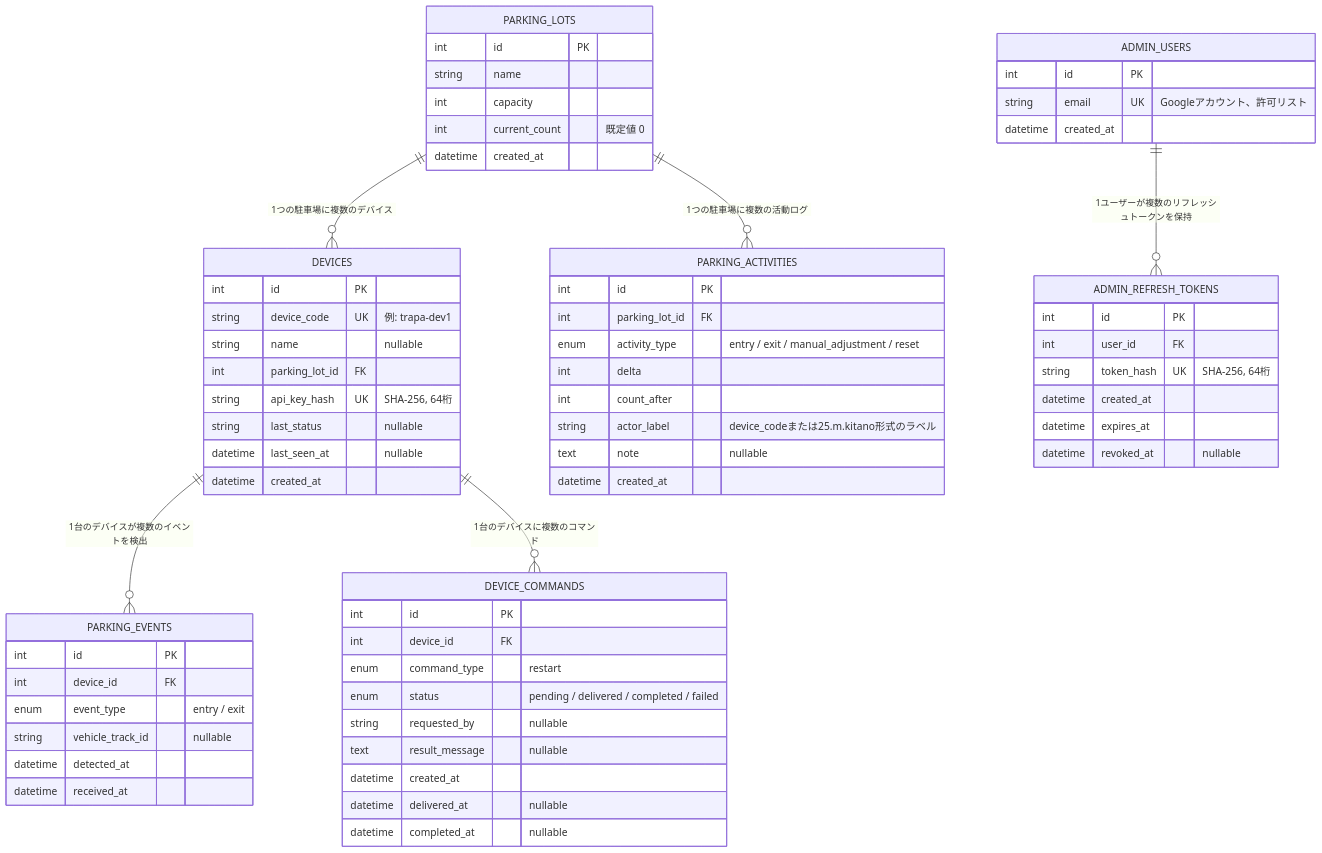
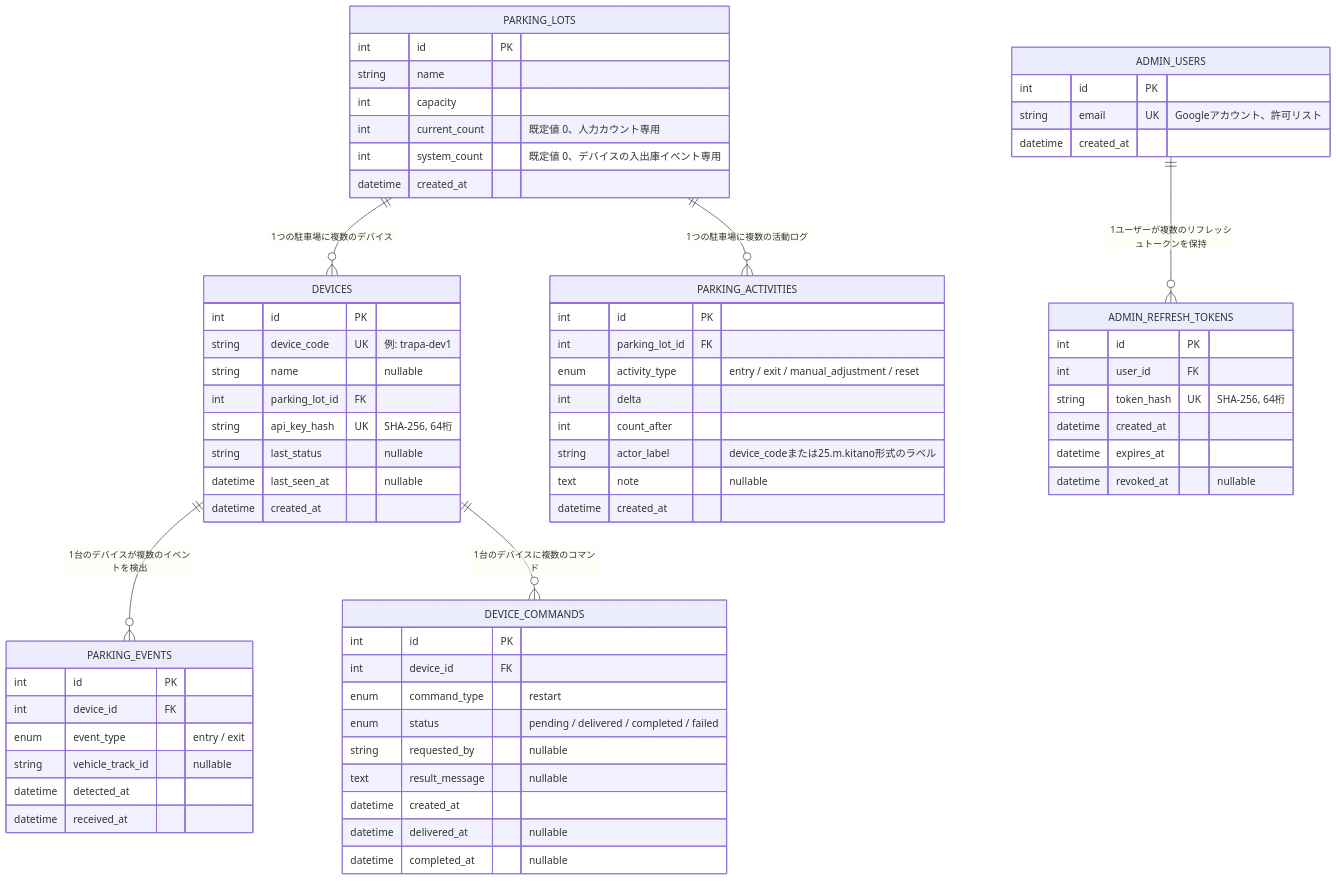
The diagram in docs/db-schema.md (NUTFes/tracking-parking-api), drawn with Mermaid before and after one commit. The commit also changed other lines of this file and 8 other files, not shown here.

First line of the commit message:
Split parking_lots.current_count into manual vs device counts

````diff
--- a/docs/db-schema.md
+++ b/docs/db-schema.md
@@ -9,68 +9,69 @@
 ```mermaid
 erDiagram
     PARKING_LOTS ||--o{ DEVICES : "1つの駐車場に複数のデバイス"
     PARKING_LOTS ||--o{ PARKING_ACTIVITIES : "1つの駐車場に複数の活動ログ"
     DEVICES ||--o{ PARKING_EVENTS : "1台のデバイスが複数のイベントを検出"
     DEVICES ||--o{ DEVICE_COMMANDS : "1台のデバイスに複数のコマンド"
     ADMIN_USERS ||--o{ ADMIN_REFRESH_TOKENS : "1ユーザーが複数のリフレッシュトークンを保持"
 
     PARKING_LOTS {
         int id PK
         string name
         int capacity
-        int current_count "既定値 0"
+        int current_count "既定値 0、人力カウント専用"
+        int system_count "既定値 0、デバイスの入出庫イベント専用"
         datetime created_at
     }
     DEVICES {
         int id PK
         string device_code UK "例: trapa-dev1"
         string name "nullable"
         int parking_lot_id FK
         string api_key_hash UK "SHA-256, 64桁"
         string last_status "nullable"
         datetime last_seen_at "nullable"
         datetime created_at
     }
     PARKING_EVENTS {
         int id PK
         int device_id FK
         enum event_type "entry / exit"
         string vehicle_track_id "nullable"
         datetime detected_at
         datetime received_at
     }
     DEVICE_COMMANDS {
         int id PK
         int device_id FK
         enum command_type "restart"
         enum status "pending / delivered / completed / failed"
         string requested_by "nullable"
         text result_message "nullable"
         datetime created_at
         datetime delivered_at "nullable"
         datetime completed_at "nullable"
     }
     PARKING_ACTIVITIES {
         int id PK
         int parking_lot_id FK
         enum activity_type "entry / exit / manual_adjustment / reset"
         int delta
         int count_after
         string actor_label "device_codeまたは25.m.kitano形式のラベル"
         text note "nullable"
         datetime created_at
     }
     ADMIN_USERS {
         int id PK
         string email UK "Googleアカウント、許可リスト"
         datetime created_at
     }
     ADMIN_REFRESH_TOKENS {
         int id PK
         int user_id FK
         string token_hash UK "SHA-256, 64桁"
         datetime created_at
         datetime expires_at
         datetime revoked_at "nullable"
     }
 ```
````
